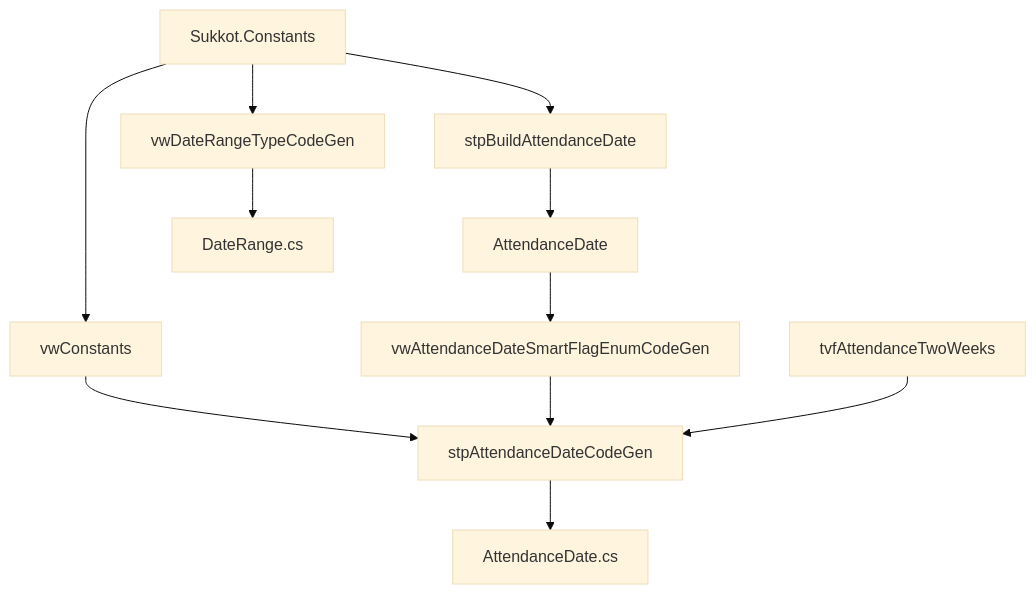
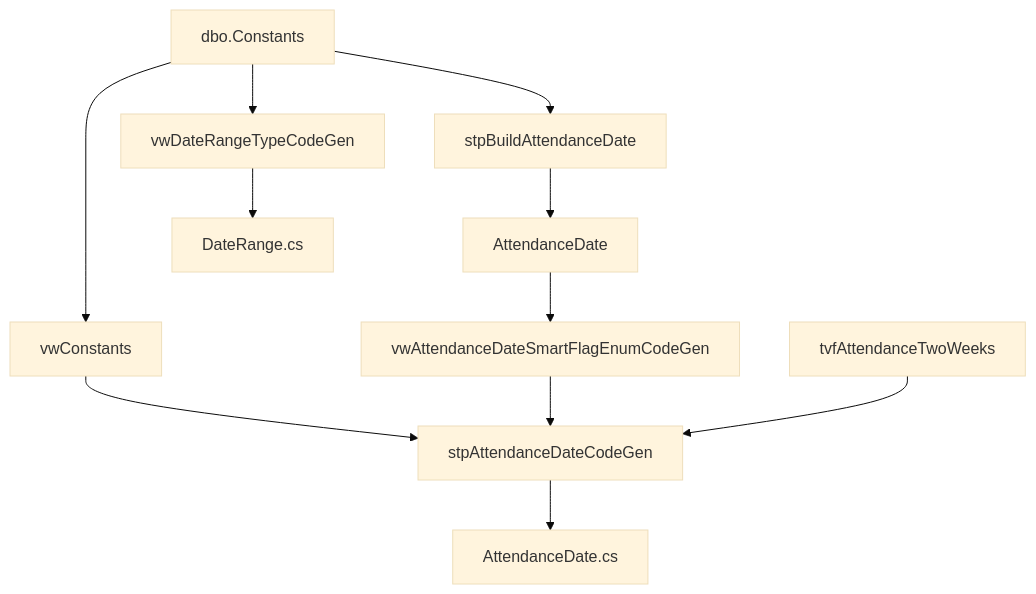
The diagram in docs/SukkotAnnualStartup.md (LivingMessiahJohn/LivingMessiah), drawn with Mermaid (base theme) before and after one commit. The commit also changed other lines of this file and 21 other files, not shown here.

First line of the commit message:
Point Sukkot and Admin apps at SukkotRegistration (dbo SQL).

````diff
--- a/docs/SukkotAnnualStartup.md
+++ b/docs/SukkotAnnualStartup.md
@@ -203,13 +203,13 @@
 ```mermaid
 flowchart TD
-  C[Sukkot.Constants] --> V[vwConstants]
+  C[dbo.Constants] --> V[vwConstants]
   C --> B[stpBuildAttendanceDate]
   B --> A[AttendanceDate]
   A --> VA[vwAttendanceDateSmartFlagEnumCodeGen]
   V --> CG[stpAttendanceDateCodeGen]
   VA --> CG
   TVF[tvfAttendanceTwoWeeks] --> CG
   C --> DR[vwDateRangeTypeCodeGen]
   CG --> CS1[AttendanceDate.cs]
   DR --> CS2[DateRange.cs]
 ```
````
